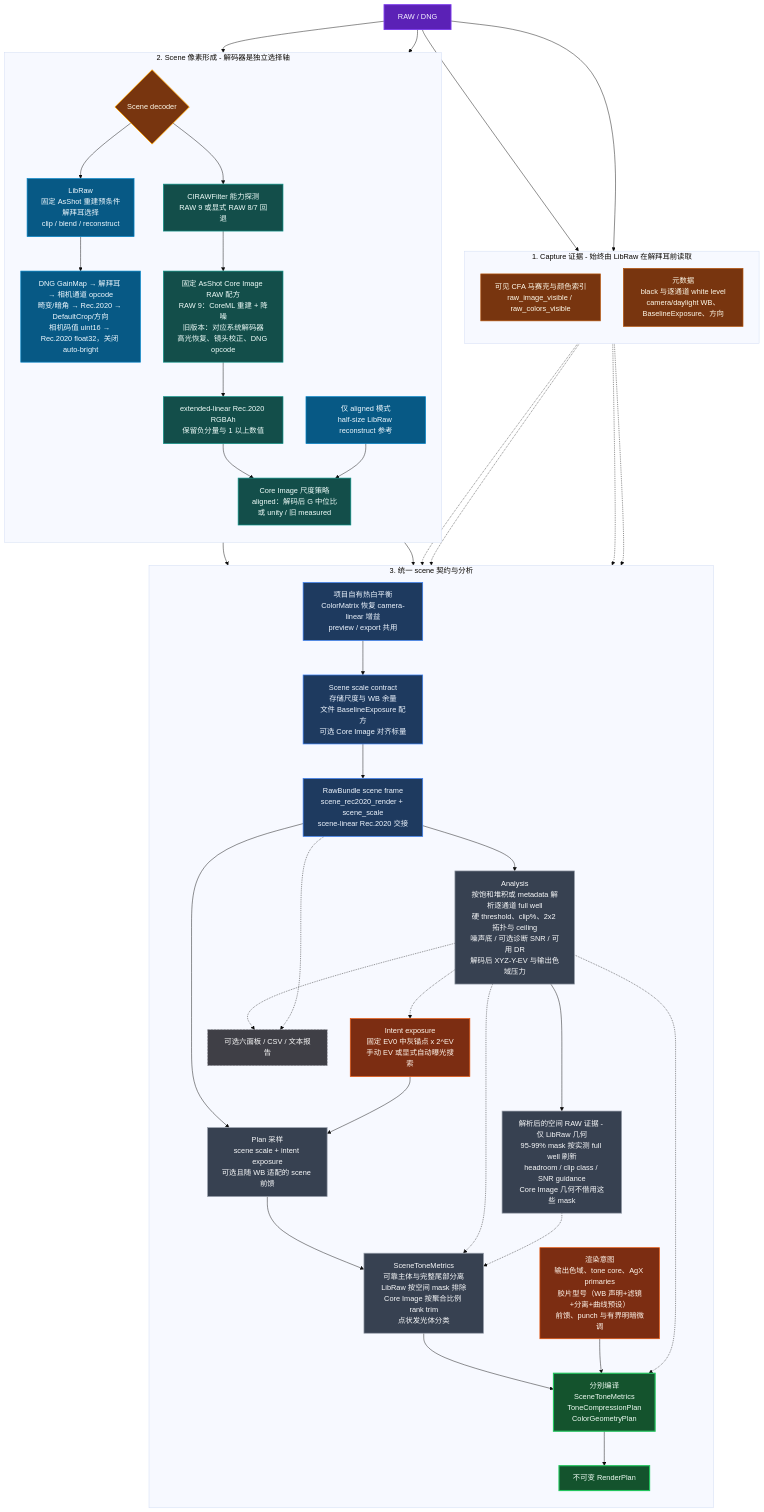
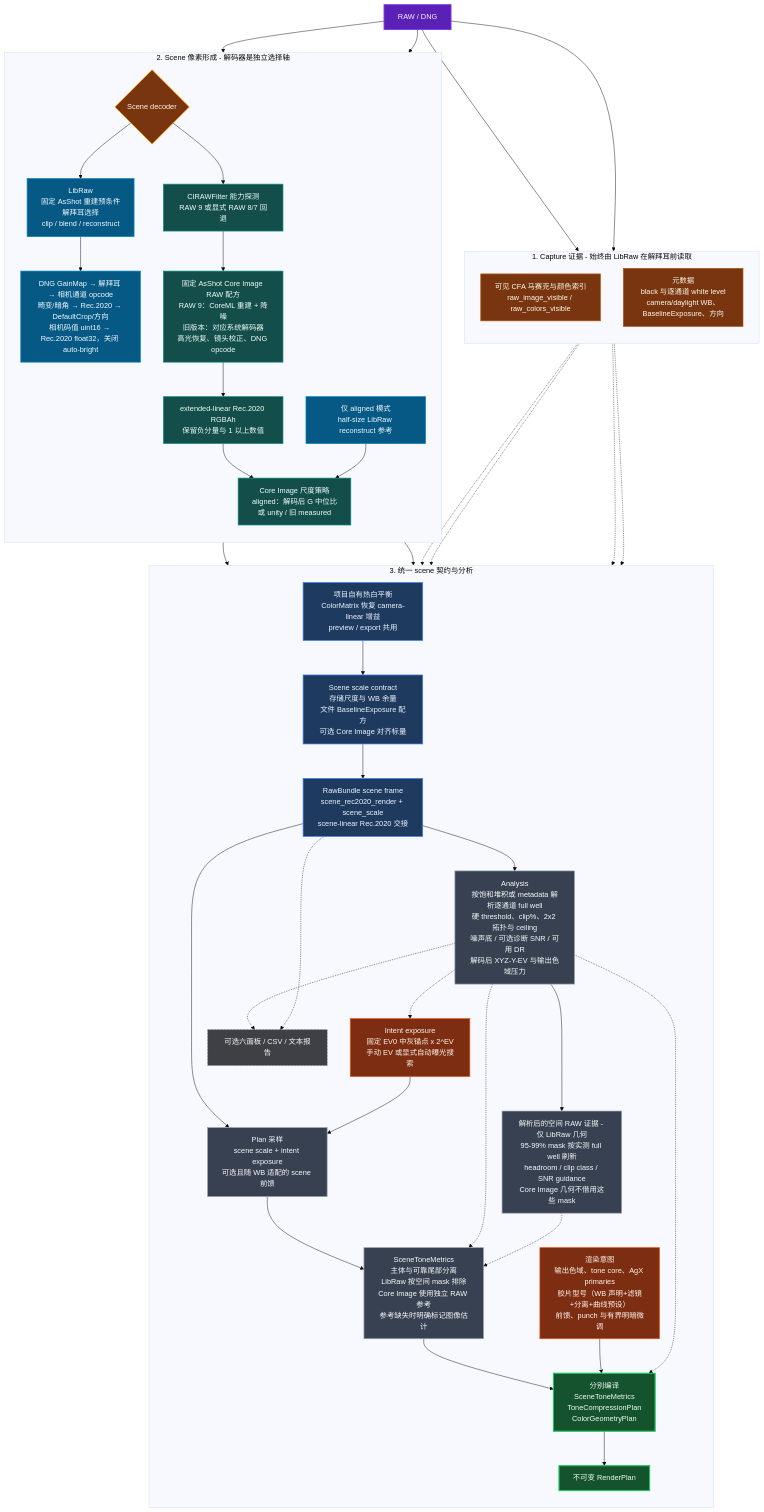
One commit to Gen-416/AgXRAW changed the first of 3 diagrams in docs/ARCHITECTURE.zh-CN.md. Above: the diagram before and after it, drawn with Mermaid (base theme). The commit also changed other lines of this file and 57 other files, not shown here.

```diff
--- a/docs/ARCHITECTURE.zh-CN.md
+++ b/docs/ARCHITECTURE.zh-CN.md
@@ -117,7 +117,7 @@
         SPATIAL["解析后的空间 RAW 证据 - 仅 LibRaw 几何<br/>95-99% mask 按实测 full well 刷新<br/>headroom / clip class / SNR guidance<br/>Core Image 几何不借用这些 mask"]
         EV["Intent exposure<br/>固定 EV0 中灰锚点 x 2^EV<br/>手动 EV 或显式自动曝光搜索"]
         SAMPLE["Plan 采样<br/>scene scale + intent exposure<br/>可选且随 WB 适配的 scene 前馈"]
-        METRICS["SceneToneMetrics<br/>可靠主体与完整尾部分离<br/>LibRaw 按空间 mask 排除<br/>Core Image 按聚合比例 rank trim<br/>点状发光体分类"]
+        METRICS["SceneToneMetrics<br/>主体与可靠尾部分离<br/>LibRaw 按空间 mask 排除<br/>Core Image 使用独立 RAW 参考<br/>参考缺失时明确标记图像估计"]
         CONTROLS["渲染意图<br/>输出色域、tone core、AgX primaries<br/>胶片型号（WB 声明+滤镜+分离+曲线预设）<br/>前馈、punch 与有界明暗微调"]
         COMPILE["分别编译<br/>SceneToneMetrics<br/>ToneCompressionPlan<br/>ColorGeometryPlan"]
         PLAN["不可变 RenderPlan"]
```
